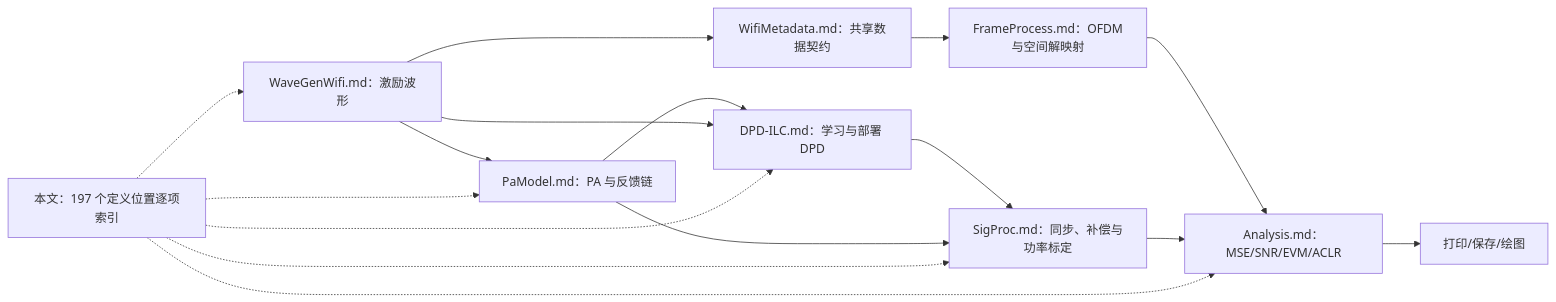
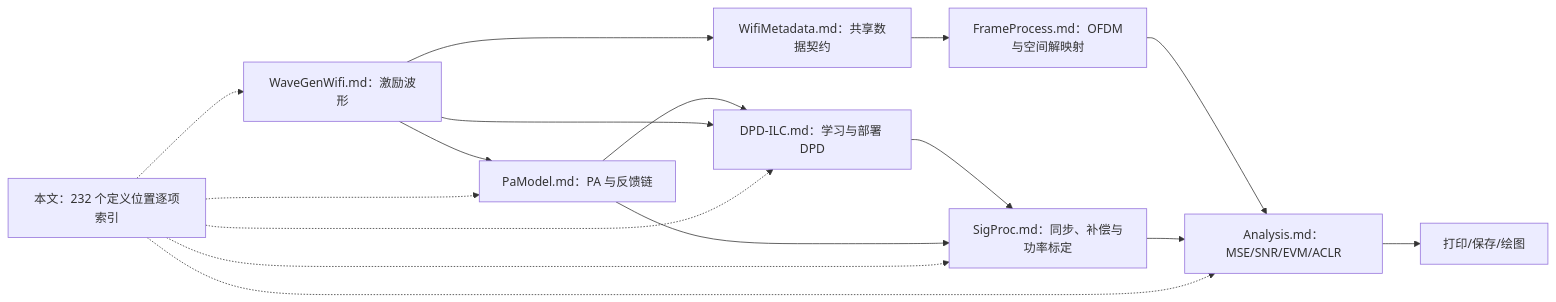
Before and after one commit to niyilu45/DPD_ILC: the diagram in doc/FunctionPrinciples.md, drawn with Mermaid. The commit also changed other lines of this file and 26 other files, not shown here.

````diff
--- a/doc/FunctionPrinciples.md
+++ b/doc/FunctionPrinciples.md
@@ -20,18 +20,18 @@
 ```mermaid
 flowchart LR
     wave["WaveGenWifi.md：激励波形"] --> pa["PaModel.md：PA 与反馈链"]
     pa --> ilc["DPD-ILC.md：学习与部署 DPD"]
     wave --> ilc
     ilc --> sync["SigProc.md：同步、补偿与功率标定"]
     wave --> metadata["WifiMetadata.md：共享数据契约"]
     metadata --> frame["FrameProcess.md：OFDM与空间解映射"]
     frame --> analysis
     pa --> sync
     sync --> analysis["Analysis.md：MSE/SNR/EVM/ACLR"]
     analysis --> report["打印/保存/绘图"]
-    audit["本文：197 个定义位置逐项索引"] -.-> wave
+    audit["本文：232 个定义位置逐项索引"] -.-> wave
     audit -.-> pa
     audit -.-> ilc
     audit -.-> sync
     audit -.-> analysis
 ```
````
